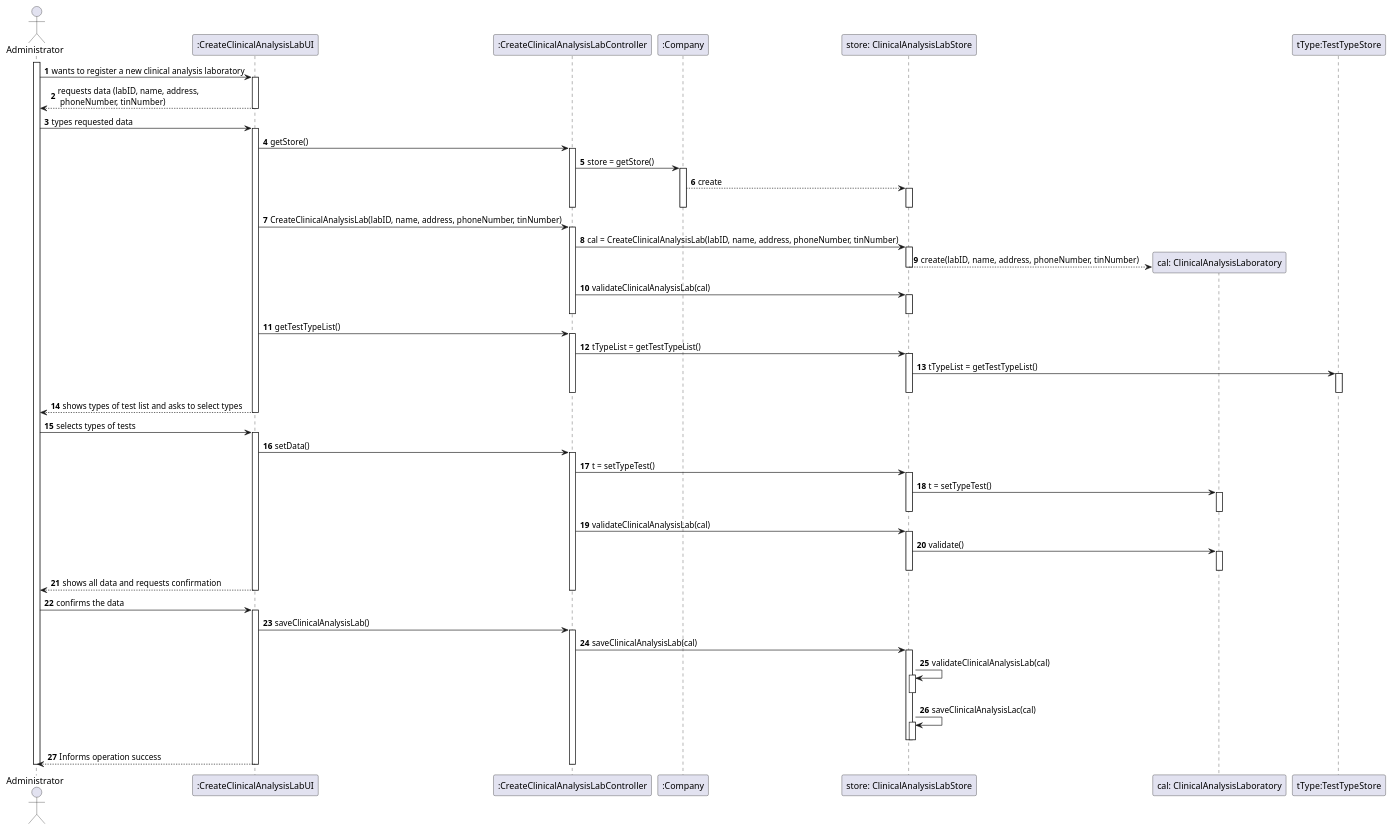
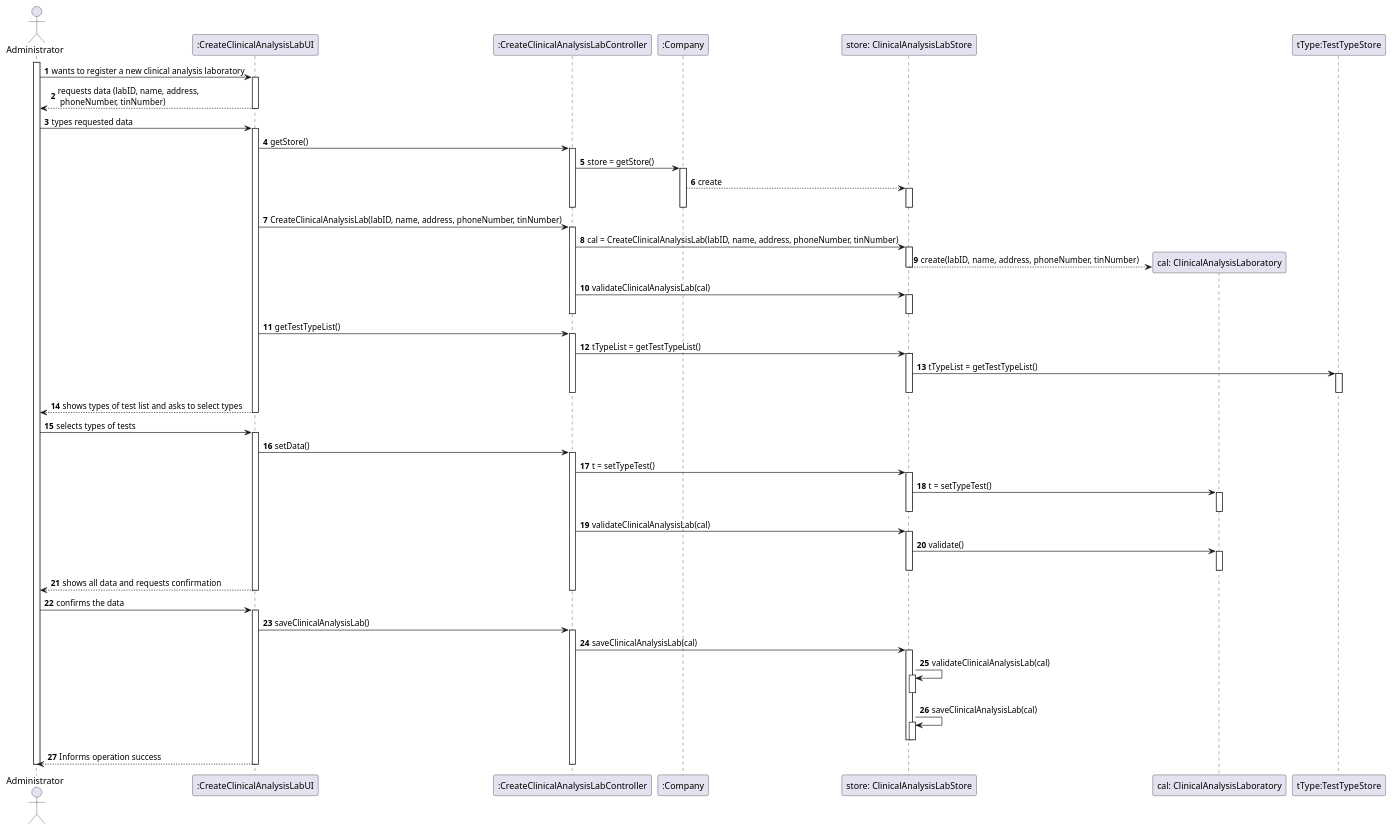
The diagram in docs/SprintB/US08/US8_SD.puml (MarianaCLages/LAPR2), drawn with PlantUML before and after one commit. The commit also changed 10 other files, not shown here.

```diff
--- a/docs/SprintB/US08/US8_SD.puml
+++ b/docs/SprintB/US08/US8_SD.puml
@@ -1,91 +1,91 @@
 @startuml
 'https://plantuml.com/sequence-diagram
 autonumber
 actor Administrator as A
 participant ":CreateClinicalAnalysisLabUI" as UI
 participant ":CreateClinicalAnalysisLabController" as CTRL
 participant ":Company" as C
 participant "store: ClinicalAnalysisLabStore" as STO
 participant "cal: ClinicalAnalysisLaboratory" as CAL
 participant "tType:TestTypeStore" as TT
 
 activate A
 A -> UI: wants to register a new clinical analysis laboratory
 activate UI
 UI --> A: requests data (labID, name, address,\n phoneNumber, tinNumber)
 deactivate UI
 A -> UI: types requested data
 activate UI
 UI -> CTRL : getStore()
 activate CTRL
 CTRL -> C: store = getStore()
 activate C
 C --> STO: create
 activate STO
 deactivate STO
 deactivate C
 deactivate CTRL
 
 UI -> CTRL : CreateClinicalAnalysisLab(labID, name, address, phoneNumber, tinNumber)
 activate CTRL
 CTRL -> STO: cal = CreateClinicalAnalysisLab(labID, name, address, phoneNumber, tinNumber)
 activate STO
 STO --> CAL** : create(labID, name, address, phoneNumber, tinNumber)
 
 deactivate STO
 CTRL -> STO: validateClinicalAnalysisLab(cal)
 activate STO
 deactivate STO
 deactivate CTRL
 UI -> CTRL: getTestTypeList()
 activate CTRL
 CTRL -> STO : tTypeList = getTestTypeList()
 activate STO
 STO->TT: tTypeList = getTestTypeList()
 activate TT
 deactivate TT
 deactivate STO
 deactivate CTRL
 
 UI --> A: shows types of test list and asks to select types
 deactivate C
 deactivate CTRL
 deactivate UI
 A -> UI: selects types of tests
 activate UI
 UI -> CTRL: setData()
 activate CTRL
 CTRL -> STO: t = setTypeTest()
 activate STO
 STO -> CAL: t = setTypeTest()
 activate CAL
 deactivate CAL
 deactivate STO
 deactivate C
 CTRL -> STO: validateClinicalAnalysisLab(cal)
 activate STO
 STO -> CAL : validate()
 activate CAL
 deactivate CAL
 deactivate STO
 UI --> A: shows all data and requests confirmation
 deactivate CTRL
 deactivate UI
 A -> UI: confirms the data
 activate UI
 UI-> CTRL : saveClinicalAnalysisLab()
 activate CTRL
 CTRL -> STO: saveClinicalAnalysisLab(cal)
 activate STO
 STO -> STO : validateClinicalAnalysisLab(cal)
 activate STO
 deactivate STO
-STO -> STO : saveClinicalAnalysisLac(cal)
+STO -> STO : saveClinicalAnalysisLab(cal)
 activate STO
 deactivate STO
 deactivate STO
 UI --> A : Informs operation success
 deactivate CTRL
 deactivate UI
 deactivate A
 @enduml
```
